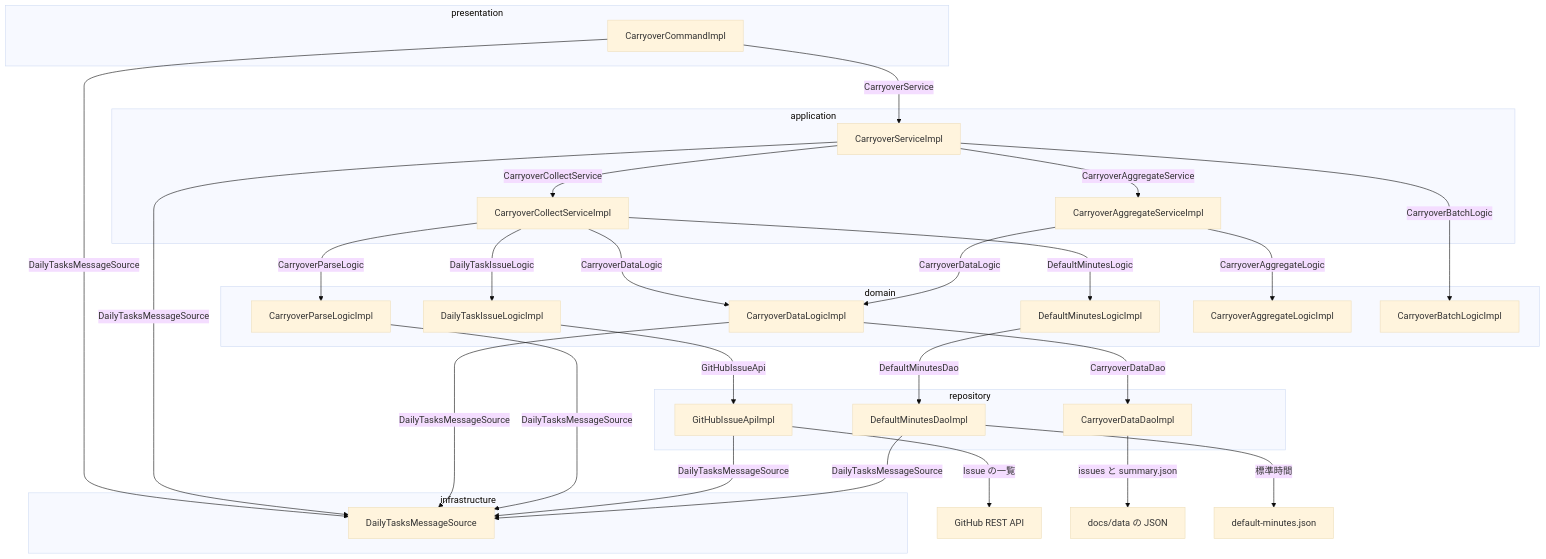
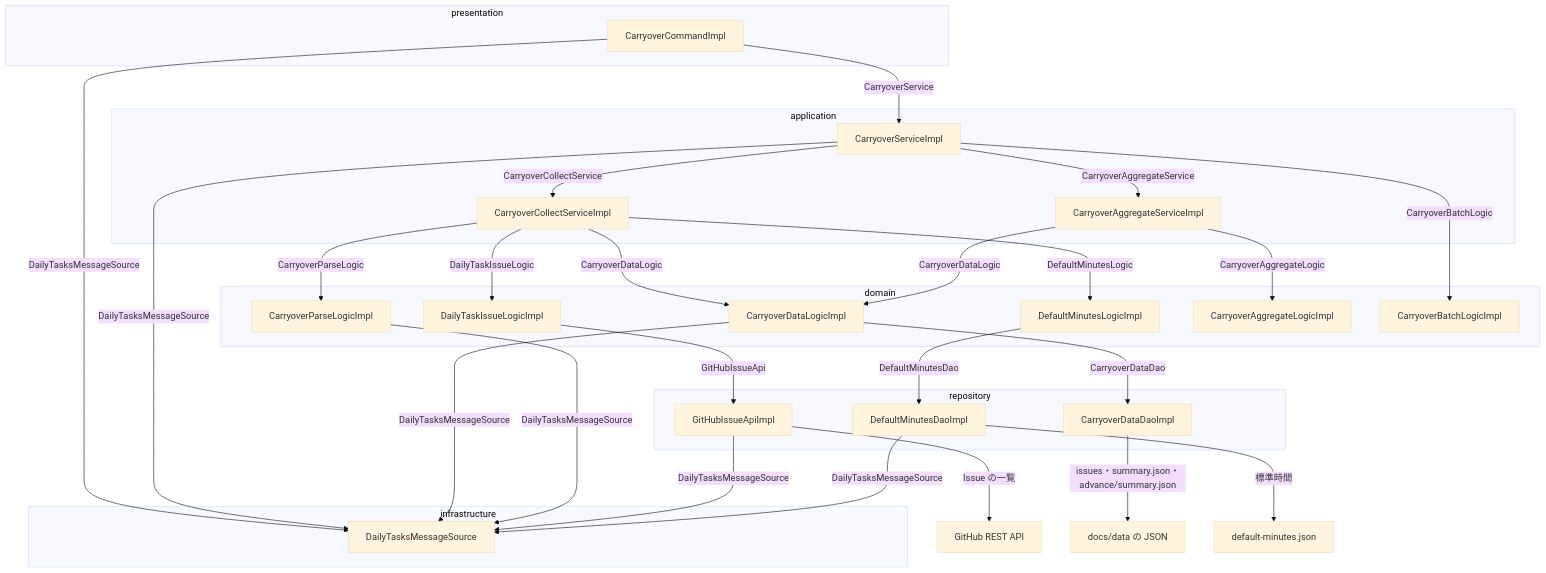
Before and after one commit to KenichiroArai/kb002_daily-tasks_doc: the third of 3 diagrams in docs/design/backend/01-architecture.md, drawn with Mermaid (base theme). The commit also changed other lines of this file and 16 other files, not shown here.

````diff
--- a/docs/design/backend/01-architecture.md
+++ b/docs/design/backend/01-architecture.md
@@ -103,53 +110,53 @@
 ```mermaid
 flowchart TB
   subgraph presentationLayer [presentation]
     command["CarryoverCommandImpl"]
   end
   subgraph applicationLayer [application]
     service["CarryoverServiceImpl"]
     collect["CarryoverCollectServiceImpl"]
     aggregate["CarryoverAggregateServiceImpl"]
   end
   subgraph domainLayer [domain]
     issueLogic["DailyTaskIssueLogicImpl"]
     minutesLogic["DefaultMinutesLogicImpl"]
     dataLogic["CarryoverDataLogicImpl"]
     parseLogic["CarryoverParseLogicImpl"]
     aggregateLogic["CarryoverAggregateLogicImpl"]
     batchLogic["CarryoverBatchLogicImpl"]
   end
   subgraph repositoryLayer [repository]
     githubApi["GitHubIssueApiImpl"]
     dataDao["CarryoverDataDaoImpl"]
     minutesDao["DefaultMinutesDaoImpl"]
   end
   subgraph infrastructureLayer [infrastructure]
     message["DailyTasksMessageSource"]
   end
   githubRest["GitHub REST API"]
   jsonFiles["docs/data の JSON"]
   minutesFile["default-minutes.json"]
 
   command -->|"CarryoverService"| service
   service -->|"CarryoverCollectService"| collect
   service -->|"CarryoverAggregateService"| aggregate
   service -->|"CarryoverBatchLogic"| batchLogic
   collect -->|"DailyTaskIssueLogic"| issueLogic
   collect -->|"DefaultMinutesLogic"| minutesLogic
   collect -->|"CarryoverDataLogic"| dataLogic
   collect -->|"CarryoverParseLogic"| parseLogic
   aggregate -->|"CarryoverAggregateLogic"| aggregateLogic
   aggregate -->|"CarryoverDataLogic"| dataLogic
   issueLogic -->|"GitHubIssueApi"| githubApi
   minutesLogic -->|"DefaultMinutesDao"| minutesDao
   dataLogic -->|"CarryoverDataDao"| dataDao
   command -->|"DailyTasksMessageSource"| message
   service -->|"DailyTasksMessageSource"| message
   dataLogic -->|"DailyTasksMessageSource"| message
   parseLogic -->|"DailyTasksMessageSource"| message
   githubApi -->|"DailyTasksMessageSource"| message
   minutesDao -->|"DailyTasksMessageSource"| message
   githubApi -->|"Issue の一覧"| githubRest
-  dataDao -->|"issues と summary.json"| jsonFiles
+  dataDao -->|"issues・summary.json・advance/summary.json"| jsonFiles
   minutesDao -->|"標準時間"| minutesFile
 ```
````
